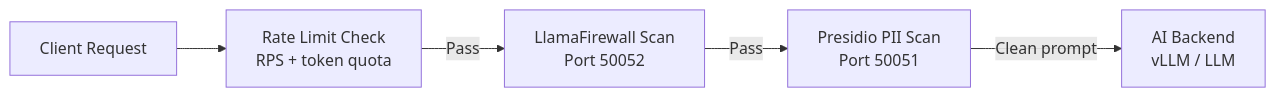
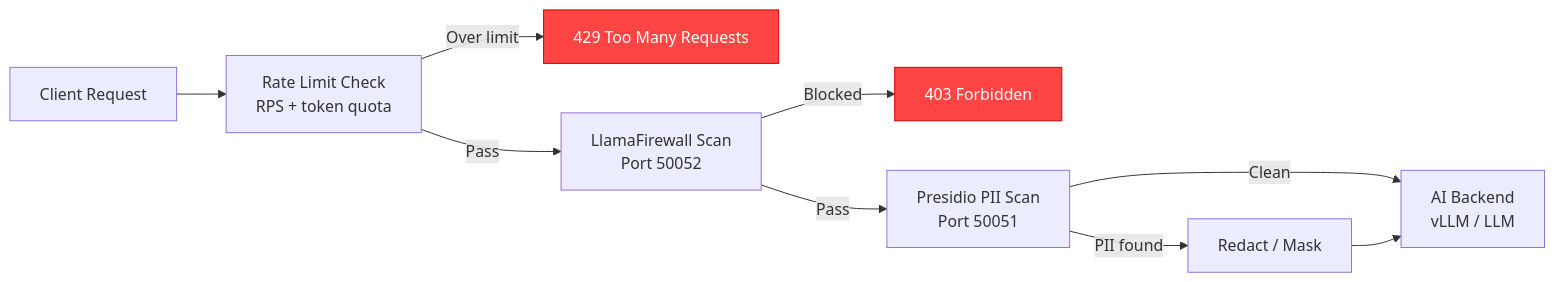
Before and after one commit to NLX-SeokHwanKong/loxilbdocs: the second of 5 diagrams in docs/security-gateway/deployment-scenarios.md, drawn with Mermaid. The commit also changed other lines of this file, not shown here.

First line of the commit message:
docs(11-03): enhance deployment-scenarios.md with 5 reference architectures and complete API configs

````diff
--- a/docs/security-gateway/deployment-scenarios.md
+++ b/docs/security-gateway/deployment-scenarios.md
@@ -54,7 +106,14 @@
 ```mermaid
 flowchart LR
-    A[Client Request] --> B[Rate Limit Check\nRPS + token quota]
-    B -->|Pass| C[LlamaFirewall Scan\nPort 50052]
-    C -->|Pass| D[Presidio PII Scan\nPort 50051]
-    D -->|Clean prompt| E[AI Backend\nvLLM / LLM]
+    A[Client Request] --> B[Rate Limit Check<br/>RPS + token quota]
+    B -->|Over limit| X1[429 Too Many Requests]
+    B -->|Pass| C[LlamaFirewall Scan<br/>Port 50052]
+    C -->|Blocked| X2[403 Forbidden]
+    C -->|Pass| D[Presidio PII Scan<br/>Port 50051]
+    D -->|PII found| E[Redact / Mask]
+    D -->|Clean| F[AI Backend<br/>vLLM / LLM]
+    E --> F
+
+    style X1 fill:#f44,stroke:#c00,color:#fff
+    style X2 fill:#f44,stroke:#c00,color:#fff
 ```
````
